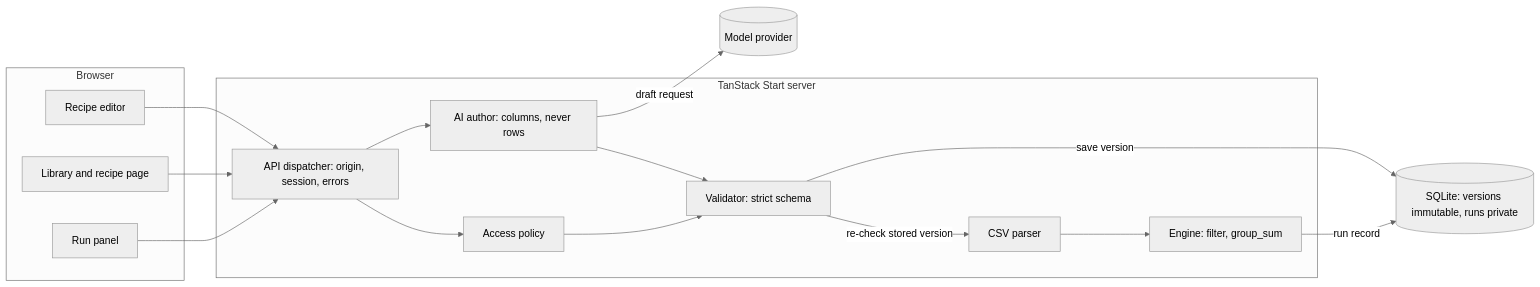
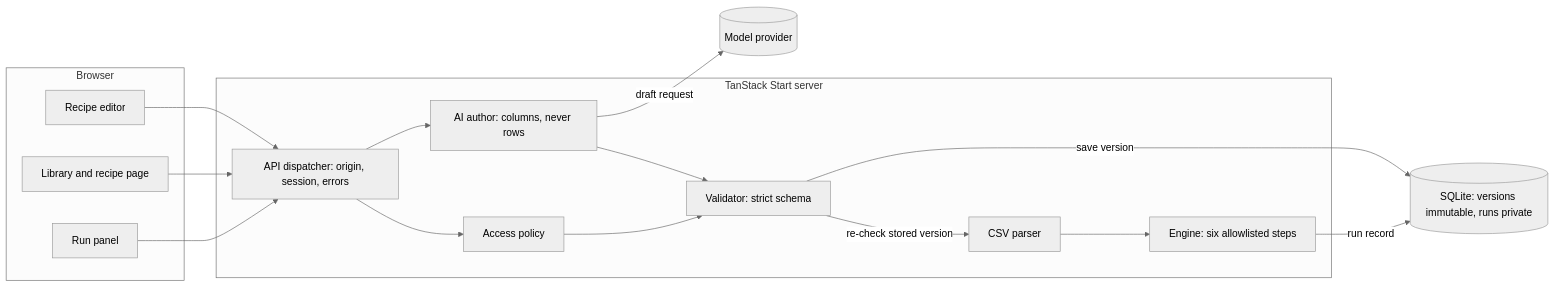
The diagram in README.md (Abhinavsuri90/flowpilot), drawn with Mermaid (neutral theme) before and after one commit. The commit also changed other lines of this file and 33 other files, not shown here.

````diff
--- a/README.md
+++ b/README.md
@@ -149,27 +150,27 @@
 ```mermaid
 flowchart LR
   subgraph Browser
     ED[Recipe editor]
     LB[Library and recipe page]
     RP[Run panel]
   end
   subgraph Server[TanStack Start server]
     DP[API dispatcher: origin, session, errors]
     AI[AI author: columns, never rows]
     PO[Access policy]
     VA[Validator: strict schema]
     CS[CSV parser]
-    EN[Engine: filter, group_sum]
+    EN[Engine: six allowlisted steps]
   end
   MP[(Model provider)]
   DB[(SQLite: versions immutable, runs private)]
   ED --> DP
   LB --> DP
   RP --> DP
   DP --> AI
   AI -- draft request --> MP
   AI --> VA
   DP --> PO --> VA
   VA -- save version --> DB
   VA -- re-check stored version --> CS --> EN -- run record --> DB
 ```
````
